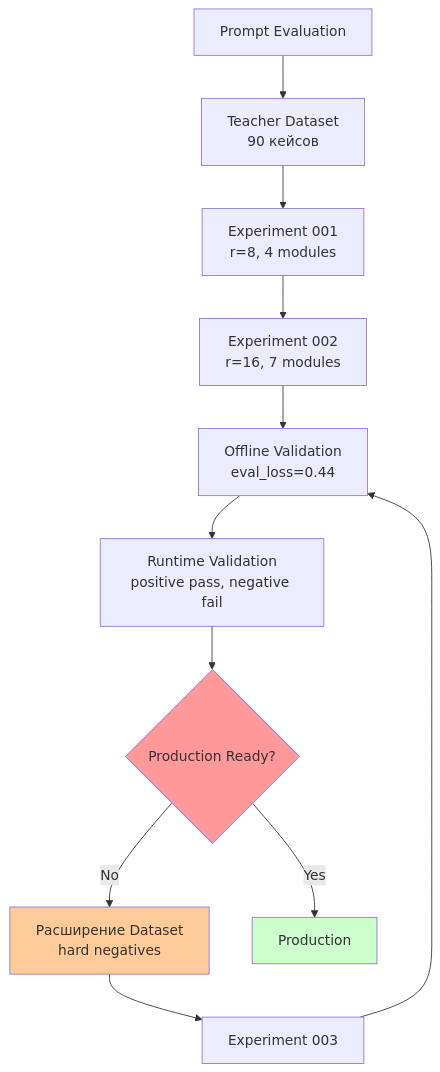
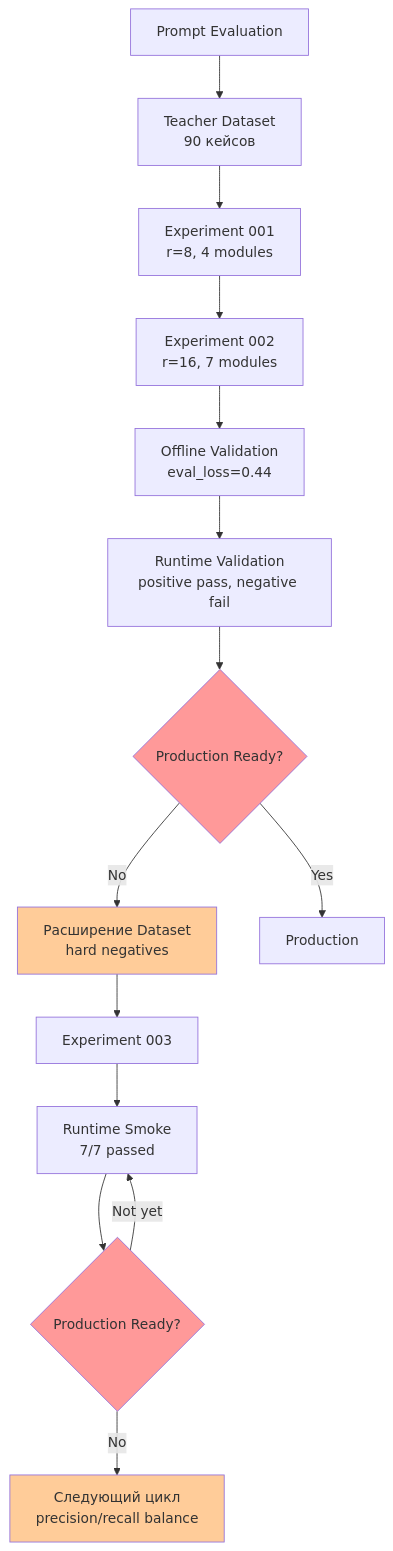
The sixth of 6 diagrams in finetuning/FINETUNING_ENGINEERING_REPORT.md (AlexLvGulyaev/HR-Assistant), drawn with Mermaid before and after one commit. The commit also changed other lines of this file and 134 other files, not shown here.

````diff
--- a/finetuning/FINETUNING_ENGINEERING_REPORT.md
+++ b/finetuning/FINETUNING_ENGINEERING_REPORT.md
@@ -415,17 +469,21 @@
 ```mermaid
 graph TD
     E1[Prompt Evaluation] --> E2[Teacher Dataset<br/>90 кейсов]
     E2 --> E3[Experiment 001<br/>r=8, 4 modules]
     E3 --> E4[Experiment 002<br/>r=16, 7 modules]
     E4 --> E5[Offline Validation<br/>eval_loss=0.44]
     E5 --> E6[Runtime Validation<br/>positive pass, negative fail]
     E6 --> E7{Production Ready?}
     E7 -->|No| E8[Расширение Dataset<br/>hard negatives]
     E8 --> E9[Experiment 003]
-    E9 --> E5
-    E7 -->|Yes| E10[Production]
+    E9 --> E10[Runtime Smoke<br/>7/7 passed]
+    E10 --> E11{Production Ready?}
+    E11 -->|No| E12[Следующий цикл<br/>precision/recall balance]
+    E11 -->|Not yet| E10
+    E7 -->|Yes| E13[Production]
     
     style E7 fill:#ff9999
     style E8 fill:#ffcc99
-    style E10 fill:#ccffcc
+    style E11 fill:#ff9999
+    style E12 fill:#ffcc99
 ```
````
